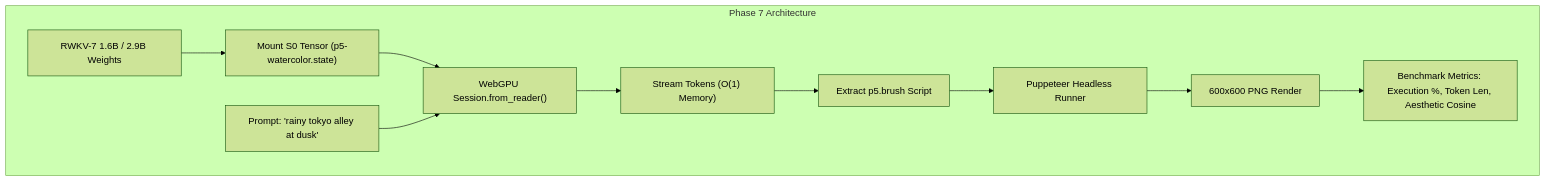
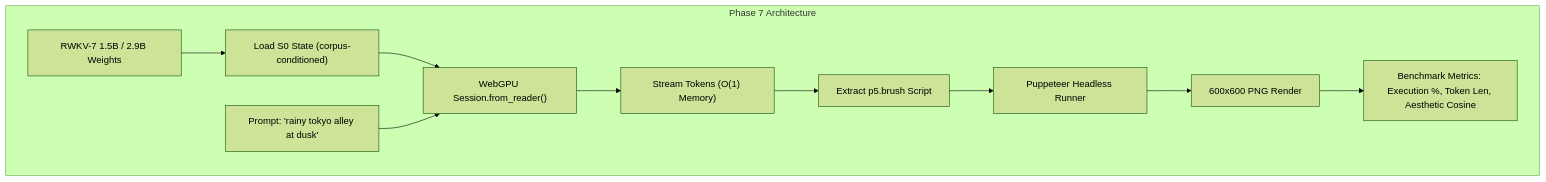
One commit to gg582/airi changed the second of 2 diagrams in docs/proposal-generative-code-painting-rwkv-webllm.md. Above: the diagram before and after it, drawn with Mermaid (forest theme). The commit also changed other lines of this file and 16 other files, not shown here.

````diff
--- a/docs/proposal-generative-code-painting-rwkv-webllm.md
+++ b/docs/proposal-generative-code-painting-rwkv-webllm.md
@@ -122,13 +124,13 @@
 ```mermaid
 graph TD
     subgraph Phase 7 Architecture
-        Model16B["RWKV-7 1.6B / 2.9B Weights"] --> StateMount["Mount S0 Tensor (p5-watercolor.state)"]
+        Model16B["RWKV-7 1.5B / 2.9B Weights"] --> StateMount["Load S0 State (corpus-conditioned)"]
         StateMount --> WASMSession["WebGPU Session.from_reader()"]
         Prompt["Prompt: 'rainy tokyo alley at dusk'"] --> WASMSession
         WASMSession --> StreamTok["Stream Tokens (O(1) Memory)"]
         StreamTok --> CodeExtractor["Extract p5.brush Script"]
         CodeExtractor --> PuppeteerHeadless["Puppeteer Headless Runner"]
         PuppeteerHeadless --> OutputCanvas["600x600 PNG Render"]
         OutputCanvas --> MetricBench["Benchmark Metrics: Execution %, Token Len, Aesthetic Cosine"]
     end
 ```
````
